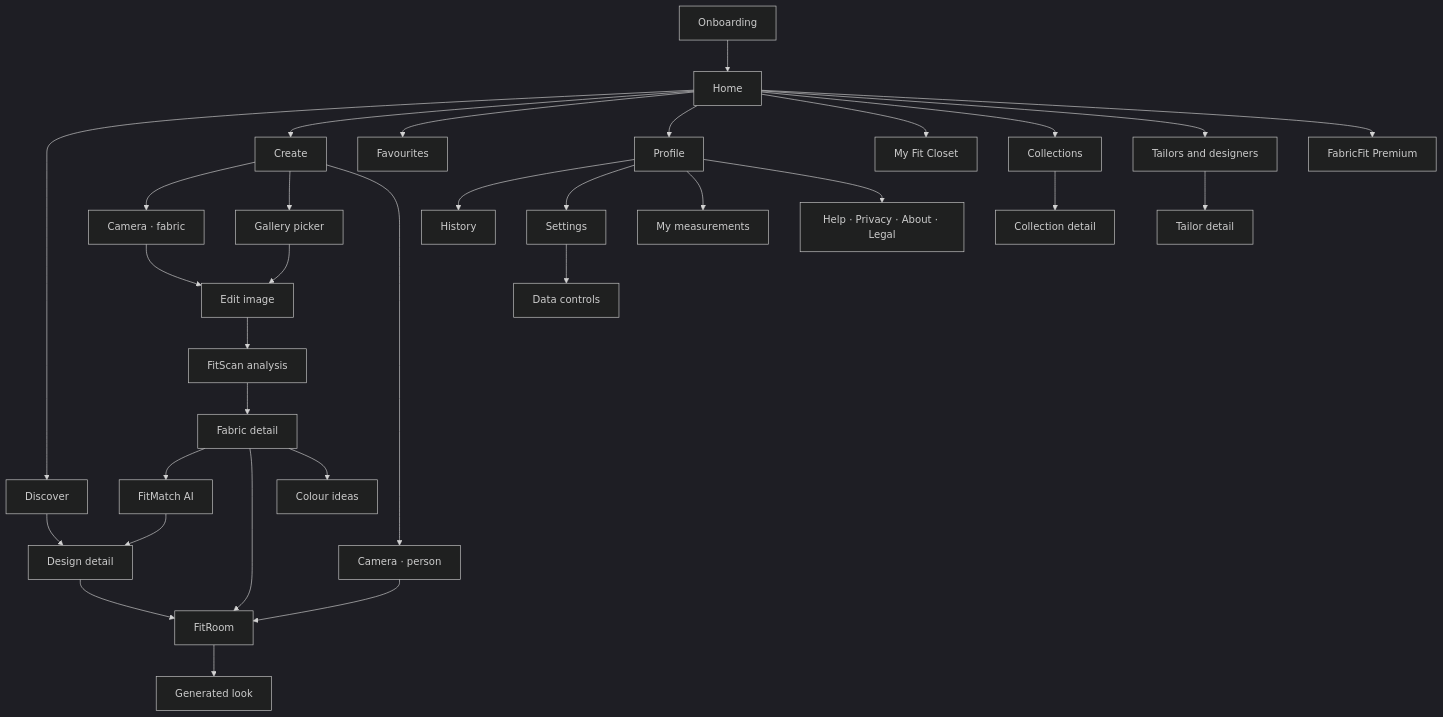
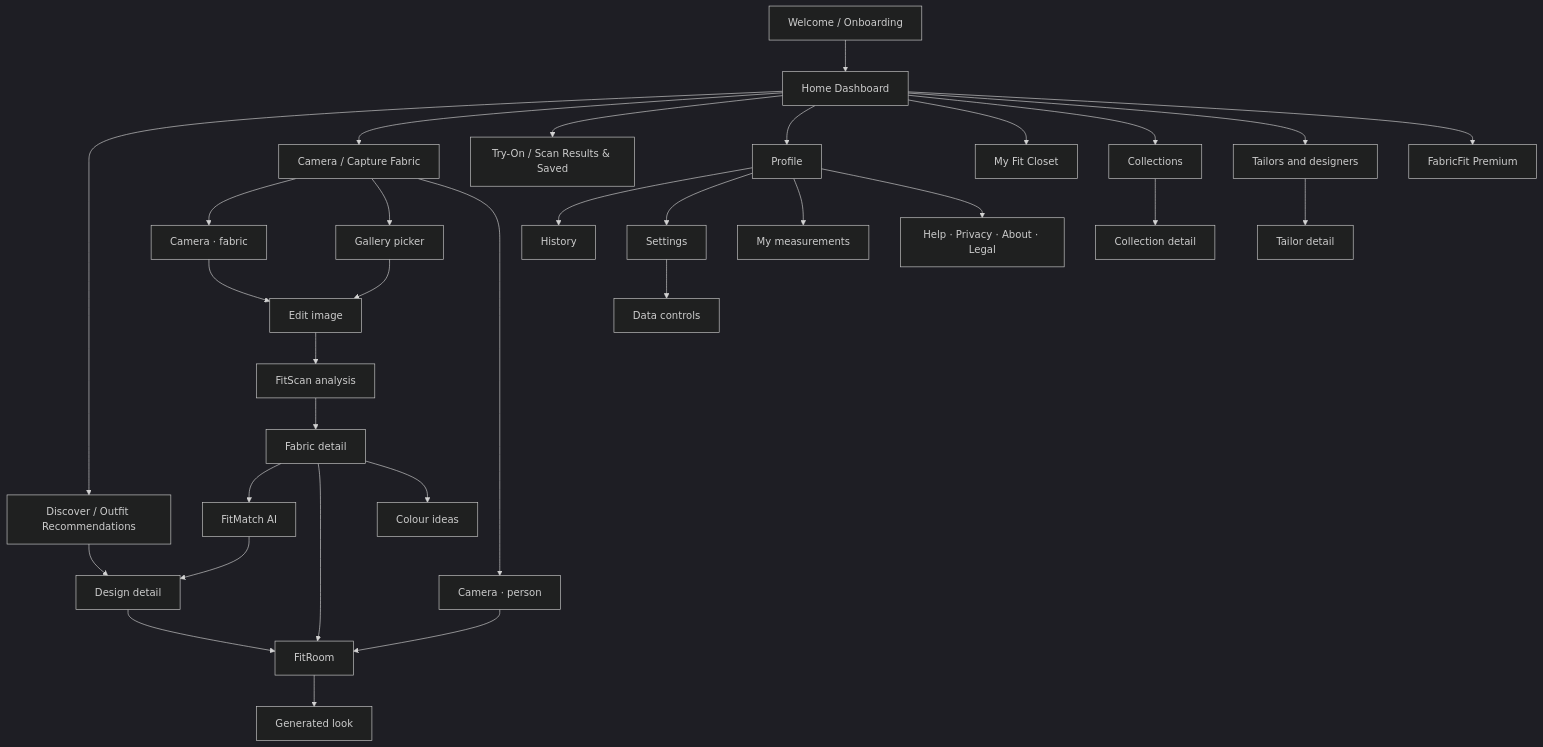
The diagram in README.md (Jacinth-19/fabricfit-app), drawn with Mermaid (dark theme) before and after one commit. The commit also changed other lines of this file and 1 other file, not shown here.

````diff
--- a/README.md
+++ b/README.md
@@ -193,40 +152,40 @@
 ```mermaid
 flowchart TD
-    ON[Onboarding] --> HOME
+    ON[Welcome / Onboarding] --> HOME
 
-    HOME[Home]
-    HOME --> DISC[Discover]
-    HOME --> CREATE[Create]
-    HOME --> FAV[Favourites]
+    HOME[Home Dashboard]
+    HOME --> DISC[Discover / Outfit Recommendations]
+    HOME --> CREATE[Camera / Capture Fabric]
+    HOME --> FAV[Try-On / Scan Results & Saved]
     HOME --> PROF[Profile]
 
     CREATE --> CAMF[Camera · fabric]
     CREATE --> GAL[Gallery picker]
     CREATE --> CAMP[Camera · person]
     CAMF --> EDIT[Edit image]
     GAL --> EDIT
     EDIT --> ANA[FitScan analysis]
     ANA --> FAB[Fabric detail]
 
     FAB --> MATCH[FitMatch AI]
     FAB --> TRY[FitRoom]
     FAB --> COL[Colour ideas]
     MATCH --> DES[Design detail]
     DES --> TRY
     CAMP --> TRY
     DISC --> DES
     TRY --> RES[Generated look]
 
     HOME --> WARD[My Fit Closet]
     HOME --> COLL[Collections]
     COLL --> CDET[Collection detail]
     HOME --> TL[Tailors and designers]
     TL --> TDET[Tailor detail]
     HOME --> PREM[FabricFit Premium]
 
     PROF --> HIST[History]
     PROF --> SET[Settings]
     PROF --> MEAS[My measurements]
     PROF --> INFO[Help · Privacy · About · Legal]
     SET --> DATA[Data controls]
 ```
````
